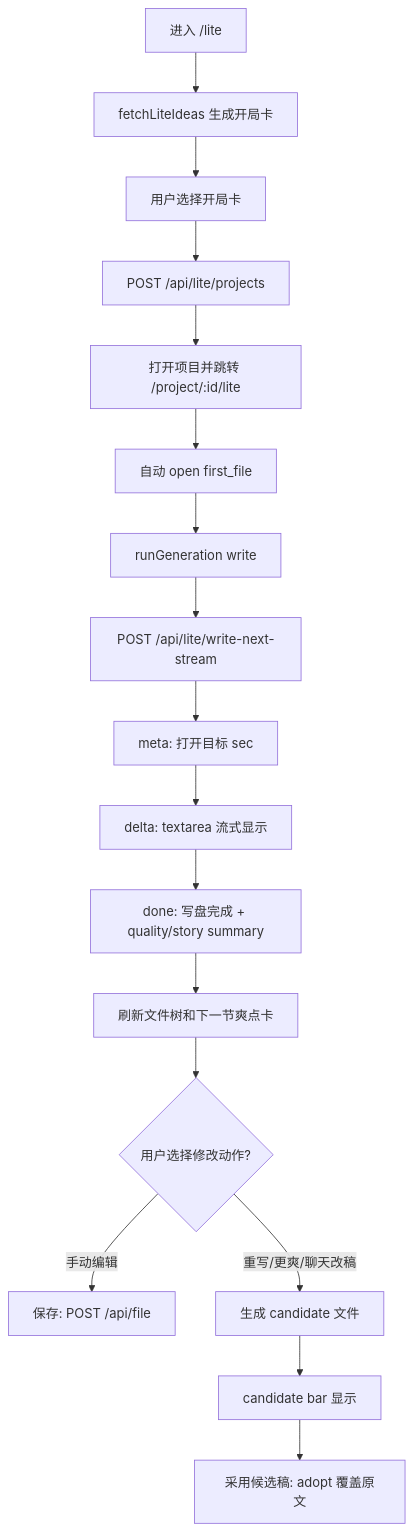
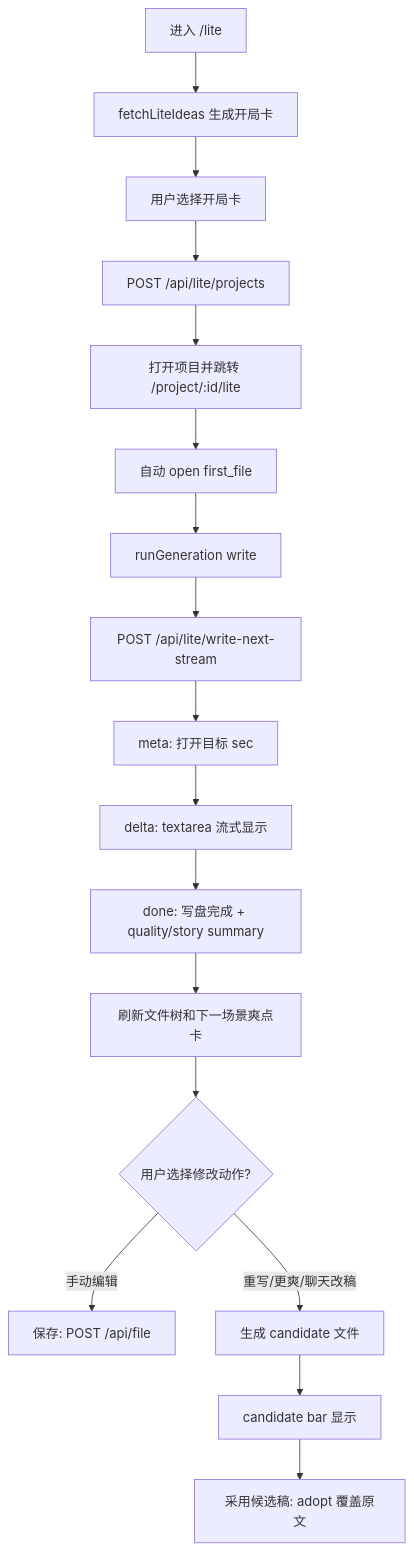
Before and after one commit to wuyinglai/moyun-studio: the third of 4 diagrams in docs/frontend-user-flow.md, drawn with Mermaid. The commit also changed 20 other files, not shown here.

Commit message:
fix: align frontend flows with scene candidate safety

````diff
--- a/docs/frontend-user-flow.md
+++ b/docs/frontend-user-flow.md
@@ -381,19 +381,19 @@
 ```mermaid
 flowchart TD
   A["进入 /lite"] --> B["fetchLiteIdeas 生成开局卡"]
   B --> C["用户选择开局卡"]
   C --> D["POST /api/lite/projects"]
   D --> E["打开项目并跳转 /project/:id/lite"]
   E --> F["自动 open first_file"]
   F --> G["runGeneration write"]
   G --> H["POST /api/lite/write-next-stream"]
   H --> I["meta: 打开目标 sec"]
   I --> J["delta: textarea 流式显示"]
   J --> K["done: 写盘完成 + quality/story summary"]
-  K --> L["刷新文件树和下一节爽点卡"]
+  K --> L["刷新文件树和下一场景爽点卡"]
   L --> M{"用户选择修改动作?"}
   M -->|手动编辑| N["保存: POST /api/file"]
   M -->|重写/更爽/聊天改稿| O["生成 candidate 文件"]
   O --> P["candidate bar 显示"]
   P --> Q["采用候选稿: adopt 覆盖原文"]
 ```
````
